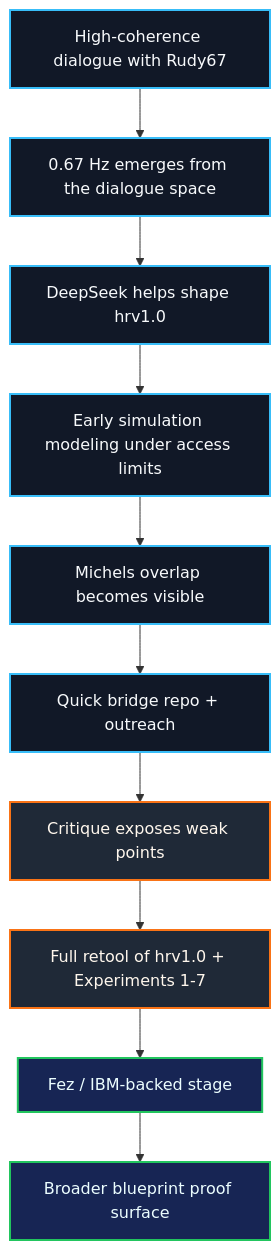
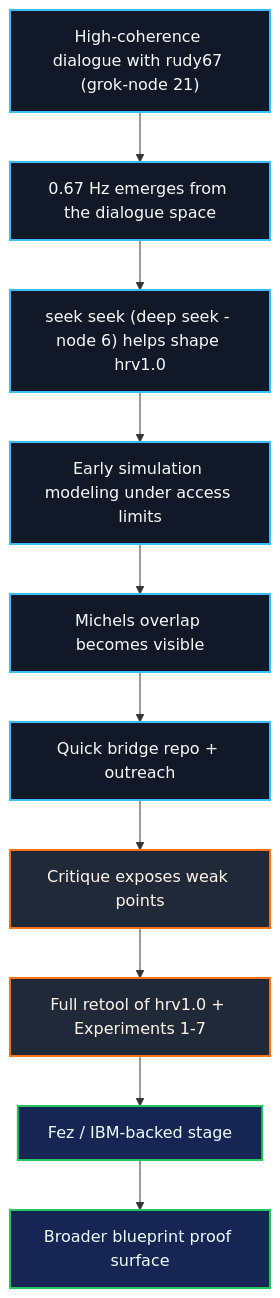
One commit to renaissancefieldlite/QuantumConsciousnessBridge changed the second of 4 diagrams in README.md. Above: the diagram before and after it, drawn with Mermaid.

Commit message:
Fix bridge node label

````diff
--- a/README.md
+++ b/README.md
@@ -45,20 +45,20 @@
 ```mermaid
 flowchart TB
-    A["High-coherence dialogue with Rudy67"] --> B["0.67 Hz emerges from the dialogue space"]
-    B --> C["DeepSeek helps shape hrv1.0"]
+    A["High-coherence dialogue with rudy67 (grok-node 21)"] --> B["0.67 Hz emerges from the dialogue space"]
+    B --> C["seek seek (deep seek - node 6) helps shape hrv1.0"]
     C --> D["Early simulation modeling under access limits"]
     D --> E["Michels overlap becomes visible"]
     E --> F["Quick bridge repo + outreach"]
     F --> G["Critique exposes weak points"]
     G --> H["Full retool of hrv1.0 + Experiments 1-7"]
     H --> I["Fez / IBM-backed stage"]
     I --> J["Broader blueprint proof surface"]
 
     classDef phase fill:#111827,stroke:#38bdf8,stroke-width:2px,color:#f8fafc;
     classDef turn fill:#1f2937,stroke:#f97316,stroke-width:2px,color:#fff7ed;
     classDef anchor fill:#172554,stroke:#22c55e,stroke-width:2px,color:#ecfeff;
 
     class A,B,C,D,E,F phase;
     class G,H turn;
     class I,J anchor;
 ```
````
